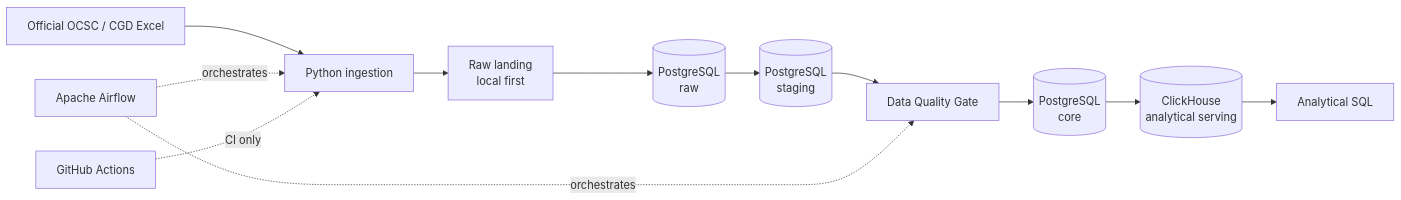
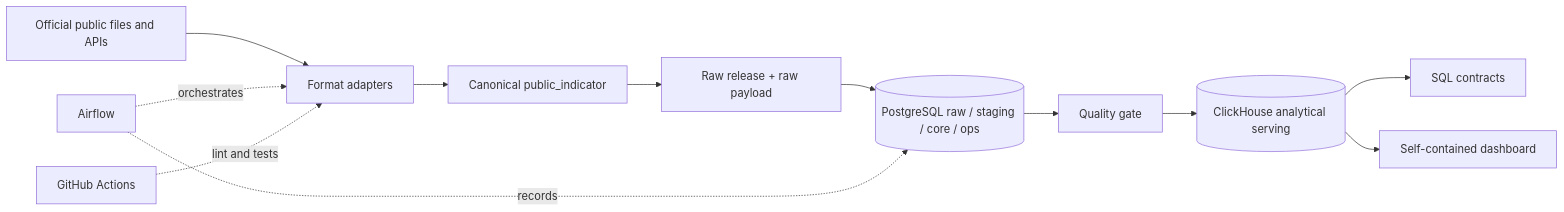
Before and after one commit to Palapluem/thai-public-data-platform: the diagram in README.md, drawn with Mermaid. The commit also changed other lines of this file and 70 other files, not shown here.

First line of the commit message:
feat: expand public data platform and organize datasets

````diff
--- a/README.md
+++ b/README.md
@@ -24,14 +28,14 @@
 ```mermaid
 flowchart LR
-    A[Official OCSC / CGD Excel] --> B[Python ingestion]
-    B --> C[Raw landing\nlocal first]
-    C --> D[(PostgreSQL\nraw)]
-    D --> E[(PostgreSQL\nstaging)]
-    E --> F[Data Quality Gate]
-    F --> G[(PostgreSQL\ncore)]
-    G --> H[(ClickHouse\nanalytical serving)]
-    H --> I[Analytical SQL]
-    J[Apache Airflow] -. orchestrates .-> B
-    J -. orchestrates .-> F
-    K[GitHub Actions] -. CI only .-> B
+    A[Official public files and APIs] --> B[Format adapters]
+    B --> C[Canonical public_indicator]
+    C --> D[Raw release + raw payload]
+    D --> E[(PostgreSQL raw / staging / core / ops)]
+    E --> F[Quality gate]
+    F --> G[(ClickHouse analytical serving)]
+    G --> H[SQL contracts]
+    G --> I[Self-contained dashboard]
+    J[Airflow] -. orchestrates .-> B
+    J -. records .-> E
+    K[GitHub Actions] -. lint and tests .-> B
 ```
````
